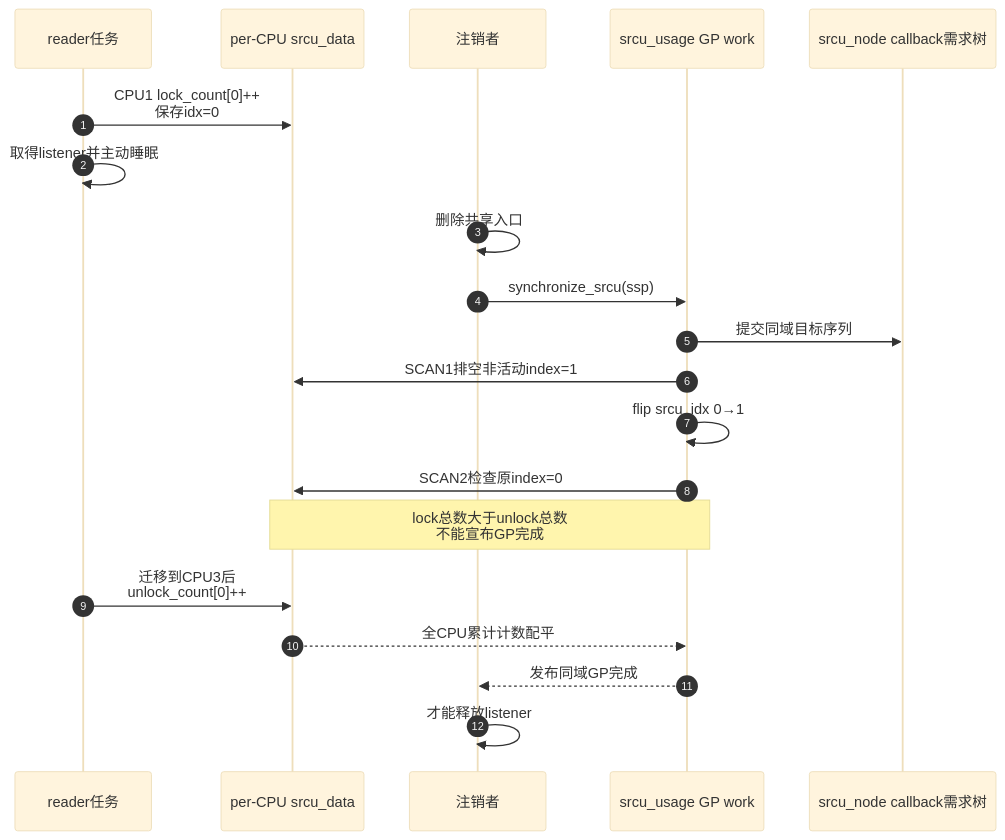
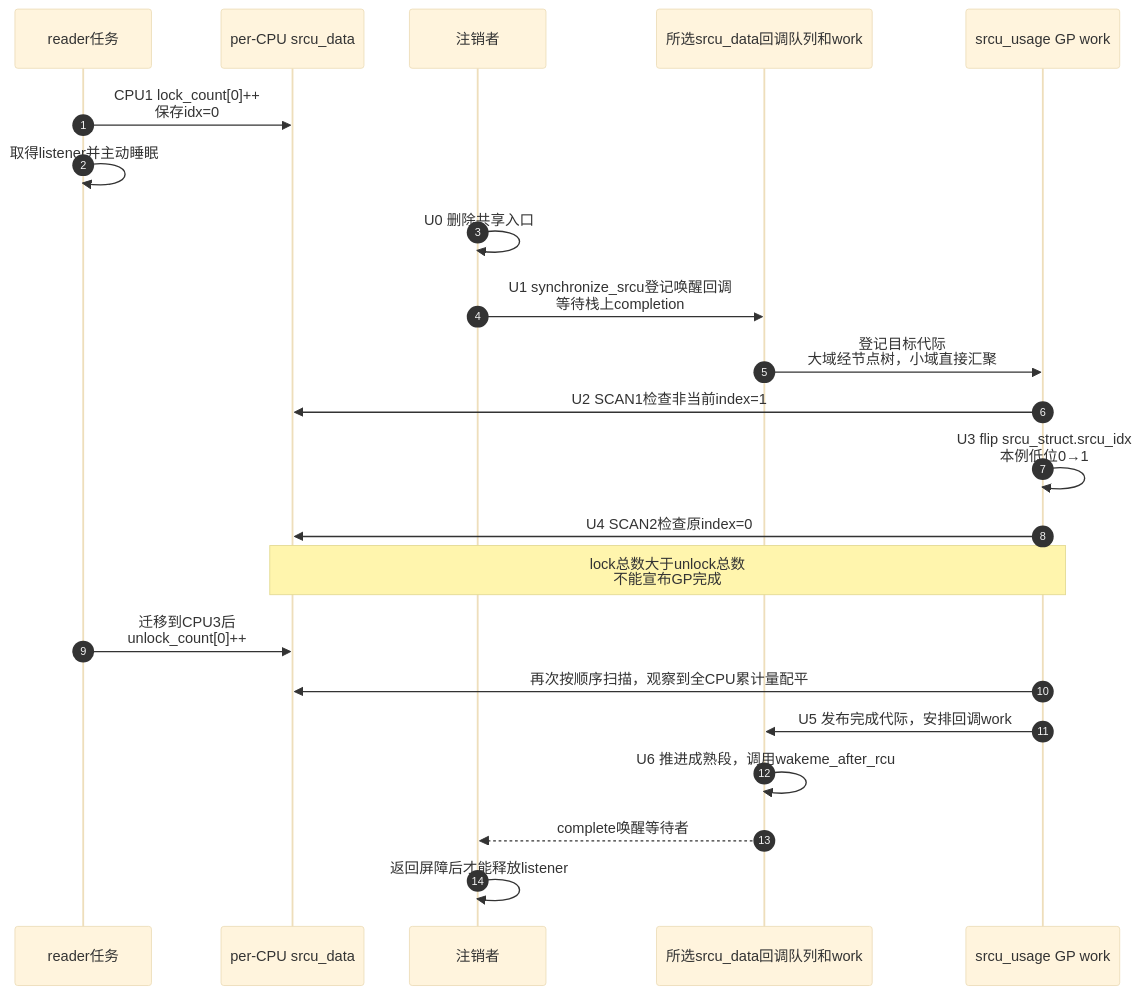
Before and after one commit to FormingSystem/linux_note: the third of 3 diagrams in research/source_reading/rcu/navigation/P09_Linux_6.12_Tree_SRCU模块源码概念导读.md, drawn with Mermaid (base theme). The commit also changed other lines of this file and 1 other file, not shown here.

First line of the commit message:
content(rcu/navigation): 校正SRCU计数扫描与完成交付

````diff
--- a/research/source_reading/rcu/navigation/P09_Linux_6.12_Tree_SRCU模块源码概念导读.md
+++ b/research/source_reading/rcu/navigation/P09_Linux_6.12_Tree_SRCU模块源码概念导读.md
@@ -149,23 +163,25 @@
 ```mermaid
 sequenceDiagram
     autonumber
     participant T as reader任务
     participant D as per-CPU srcu_data
     participant W as 注销者
+    participant Q as 所选srcu_data回调队列和work
     participant U as srcu_usage GP work
-    participant N as srcu_node callback需求树
 
     T->>D: CPU1 lock_count[0]++<br/>保存idx=0
     T->>T: 取得listener并主动睡眠
-    W->>W: 删除共享入口
-    W->>U: synchronize_srcu(ssp)
-    U->>N: 提交同域目标序列
-    U->>D: SCAN1排空非活动index=1
-    U->>U: flip srcu_idx 0→1
-    U->>D: SCAN2检查原index=0
+    W->>W: U0 删除共享入口
+    W->>Q: U1 synchronize_srcu登记唤醒回调<br/>等待栈上completion
+    Q->>U: 登记目标代际<br/>大域经节点树，小域直接汇聚
+    U->>D: U2 SCAN1检查非当前index=1
+    U->>U: U3 flip srcu_struct.srcu_idx<br/>本例低位0→1
+    U->>D: U4 SCAN2检查原index=0
     Note over U,D: lock总数大于unlock总数<br/>不能宣布GP完成
     T->>D: 迁移到CPU3后<br/>unlock_count[0]++
-    D-->>U: 全CPU累计计数配平
-    U-->>W: 发布同域GP完成
-    W->>W: 才能释放listener
+    U->>D: 再次按顺序扫描，观察到全CPU累计量配平
+    U->>Q: U5 发布完成代际，安排回调work
+    Q->>Q: U6 推进成熟段，调用wakeme_after_rcu
+    Q-->>W: complete唤醒等待者
+    W->>W: 返回屏障后才能释放listener
 ```
````
